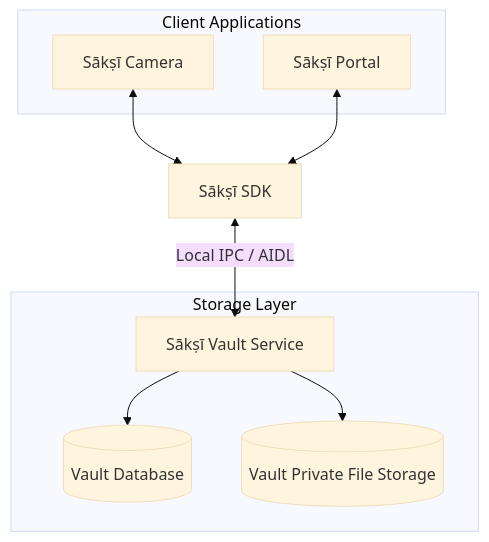
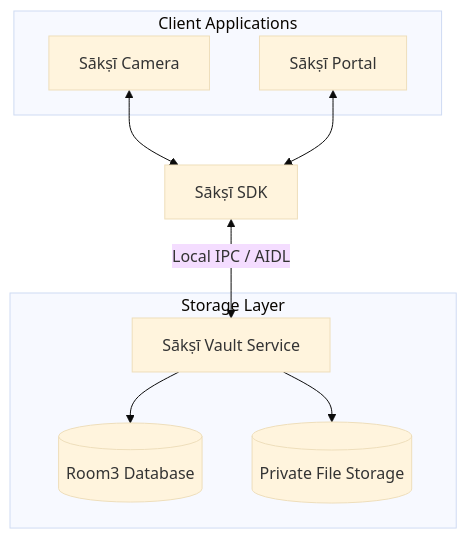
Before and after one commit to RajnishKMehta/Sakshi-All: the diagram in 00_docs/overview/ecosystem-overview.md, drawn with Mermaid (base theme). The commit also changed 3 other files, not shown here.

````diff
--- a/00_docs/overview/ecosystem-overview.md
+++ b/00_docs/overview/ecosystem-overview.md
@@ -17,20 +17,20 @@
 ```mermaid
 flowchart TD
     subgraph Clients["Client Applications"]
         C["Sākṣī Camera"]
         P["Sākṣī Portal"]
     end
 
     SDK["Sākṣī SDK"]
     subgraph Storage["Storage Layer"]
         V["Sākṣī Vault Service"]
-        DB[("Vault Database")]
-        FS[("Vault Private File Storage")]
+        DB[("Room3 Database")]
+        FS[("Private File Storage")]
     end
 
     C <--> SDK
     P <--> SDK
     SDK <-->|Local IPC / AIDL| V
     V --> DB
     V --> FS
 ```
````
